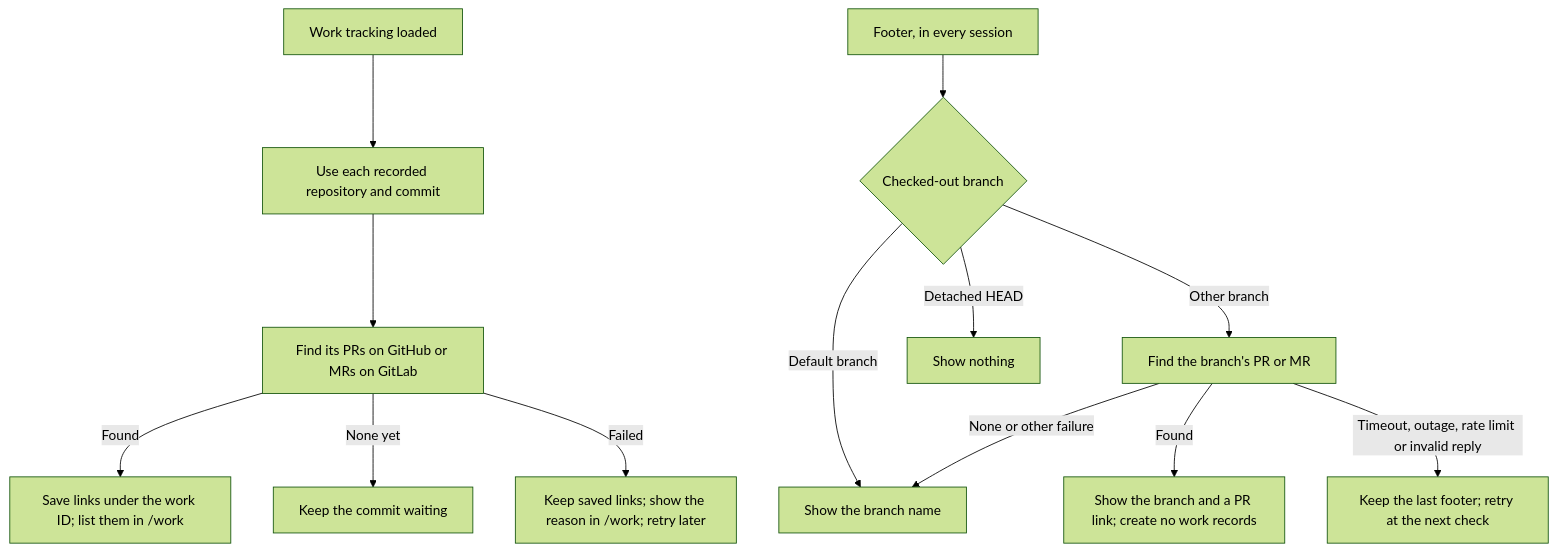
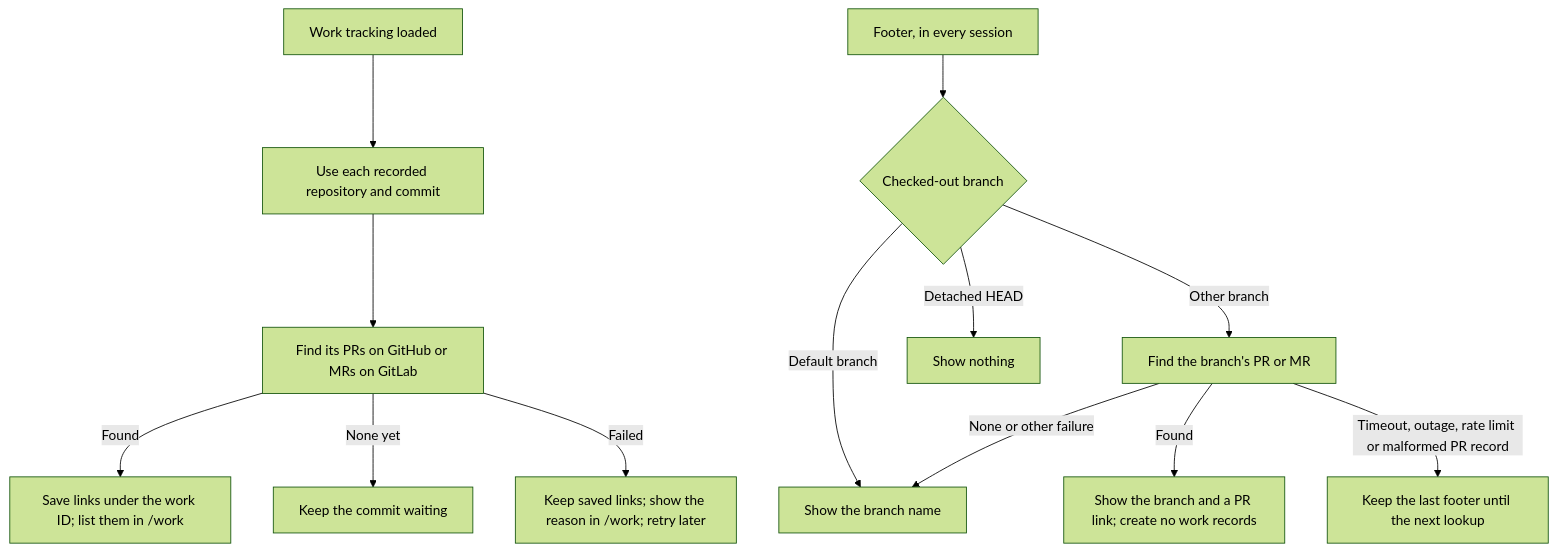
One commit to getkimchi/kimchi changed the seventh of 8 diagrams in docs/work-attribution.md. Above: the diagram before and after it, drawn with Mermaid (forest theme). The commit also changed other lines of this file, not shown here.

Commit message:
docs(work-attribution): note reflog-keeping branch resets

````diff
--- a/docs/work-attribution.md
+++ b/docs/work-attribution.md
@@ -248,15 +248,15 @@
 ```mermaid
 flowchart TD
     T["Work tracking loaded"] --> C["Use each recorded repository and commit"]
     C --> G["Find its PRs on GitHub or MRs on GitLab"]
     G -->|Found| L["Save links under the work ID; list them in /work"]
     G -->|None yet| P["Keep the commit waiting"]
     G -->|Failed| E["Keep saved links; show the reason in /work; retry later"]
     S["Footer, in every session"] --> B{"Checked-out branch"}
     B -->|Default branch| D["Show the branch name"]
     B -->|Other branch| H["Find the branch's PR or MR"]
     B -->|Detached HEAD| N["Show nothing"]
     H -->|Found| F["Show the branch and a PR link; create no work records"]
     H -->|None or other failure| D
-    H -->|Timeout, outage, rate limit or invalid reply| K["Keep the last footer; retry at the next check"]
+    H -->|Timeout, outage, rate limit or malformed PR record| K["Keep the last footer until the next lookup"]
 ```
````
